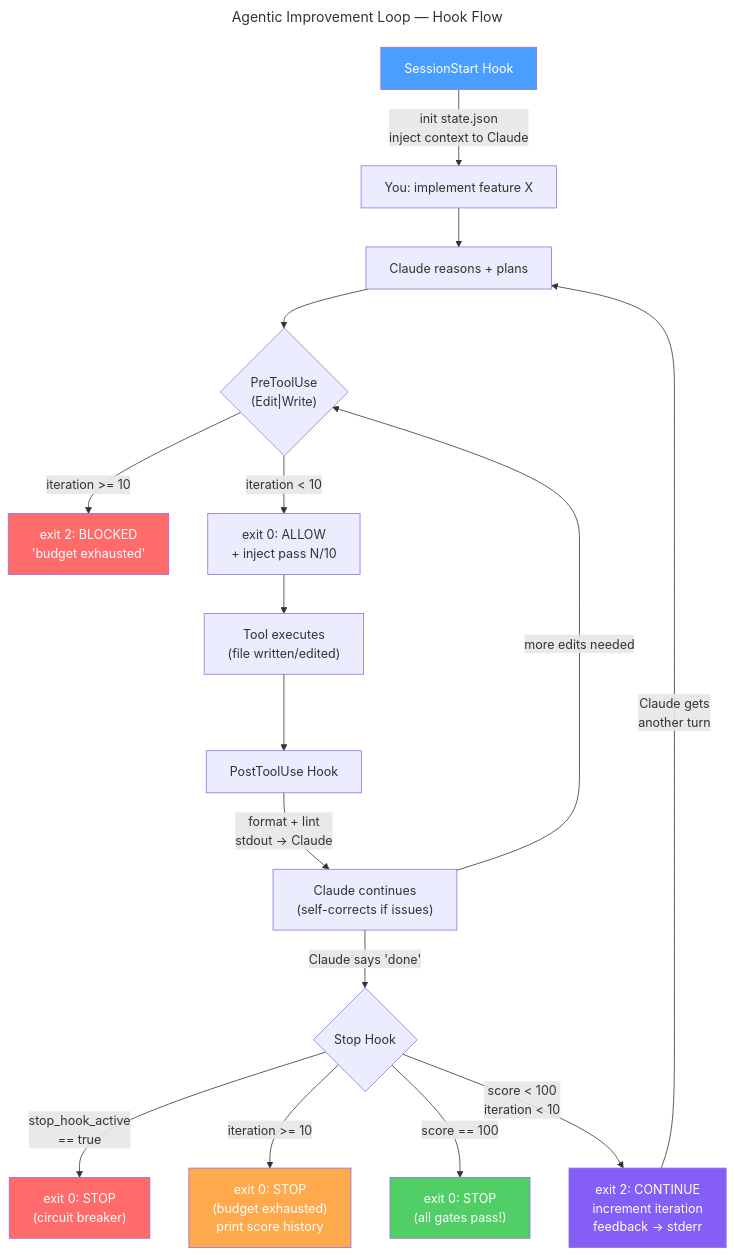
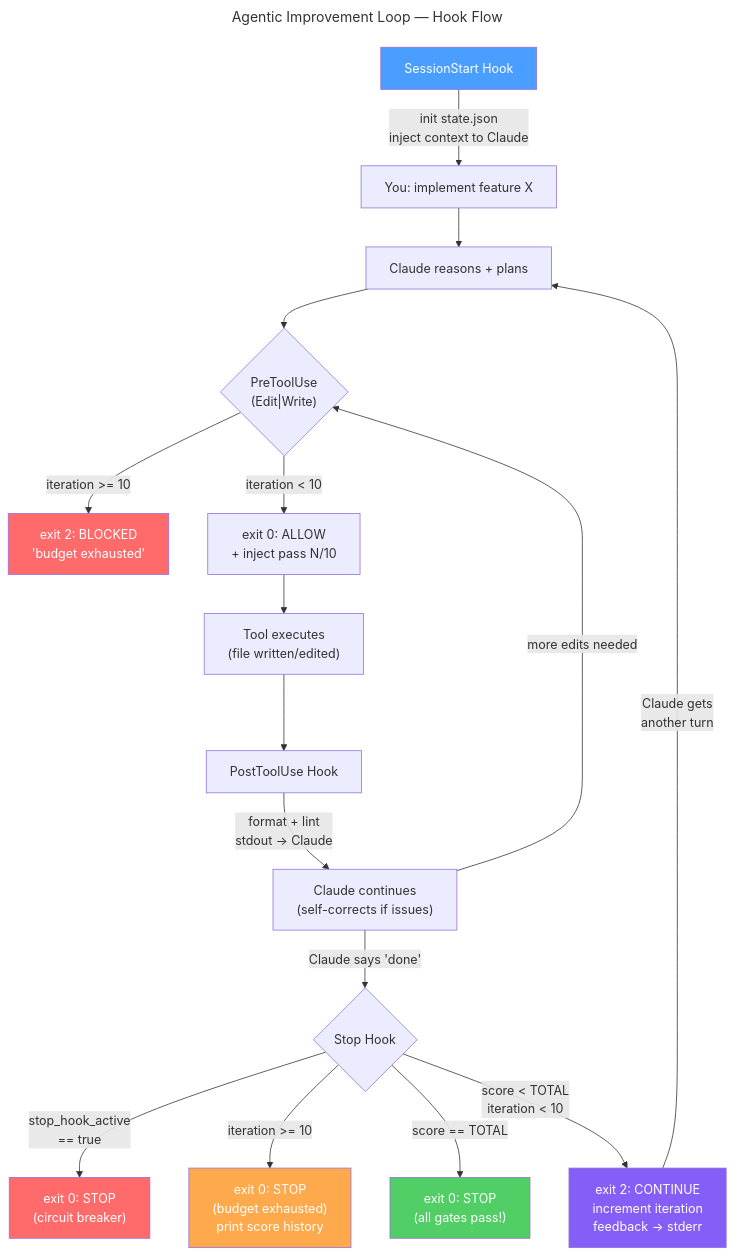
One commit to srdjan/looper changed the diagram in README.md. Above: the diagram before and after it, drawn with Mermaid. The commit also changed other lines of this file and 2 other files, not shown here.

````diff
--- a/README.md
+++ b/README.md
@@ -10,36 +10,36 @@
 ```mermaid
 ---
 title: Agentic Improvement Loop — Hook Flow
 ---
 flowchart TD
     START["SessionStart Hook"] -->|"init state.json\ninject context to Claude"| PROMPT["You: implement feature X"]
 
     PROMPT --> CLAUDE["Claude reasons + plans"]
 
     CLAUDE --> PRE{"PreToolUse\n(Edit|Write)"}
 
     PRE -->|"iteration >= 10"| BLOCK["exit 2: BLOCKED\n'budget exhausted'"]
     PRE -->|"iteration < 10"| ALLOW["exit 0: ALLOW\n+ inject pass N/10"]
 
     ALLOW --> TOOL["Tool executes\n(file written/edited)"]
 
     TOOL --> POST["PostToolUse Hook"]
     POST -->|"format + lint\nstdout → Claude"| CLAUDE2["Claude continues\n(self-corrects if issues)"]
 
     CLAUDE2 -->|"more edits needed"| PRE
     CLAUDE2 -->|"Claude says 'done'"| STOP{"Stop Hook"}
 
     STOP -->|"stop_hook_active\n== true"| DONE_BREAKER["exit 0: STOP\n(circuit breaker)"]
     STOP -->|"iteration >= 10"| DONE_BUDGET["exit 0: STOP\n(budget exhausted)\nprint score history"]
-    STOP -->|"score == 100"| DONE_PERFECT["exit 0: STOP\n(all gates pass!)"]
-    STOP -->|"score < 100\niteration < 10"| LOOP["exit 2: CONTINUE\nincrement iteration\nfeedback → stderr"]
+    STOP -->|"score == TOTAL"| DONE_PERFECT["exit 0: STOP\n(all gates pass!)"]
+    STOP -->|"score < TOTAL\niteration < 10"| LOOP["exit 2: CONTINUE\nincrement iteration\nfeedback → stderr"]
 
     LOOP -->|"Claude gets\nanother turn"| CLAUDE
 
     style START fill:#4a9eff,color:#fff
     style DONE_BREAKER fill:#ff6b6b,color:#fff
     style DONE_BUDGET fill:#ffa94d,color:#fff
     style DONE_PERFECT fill:#51cf66,color:#fff
     style LOOP fill:#845ef7,color:#fff
     style BLOCK fill:#ff6b6b,color:#fff
 ```
````
